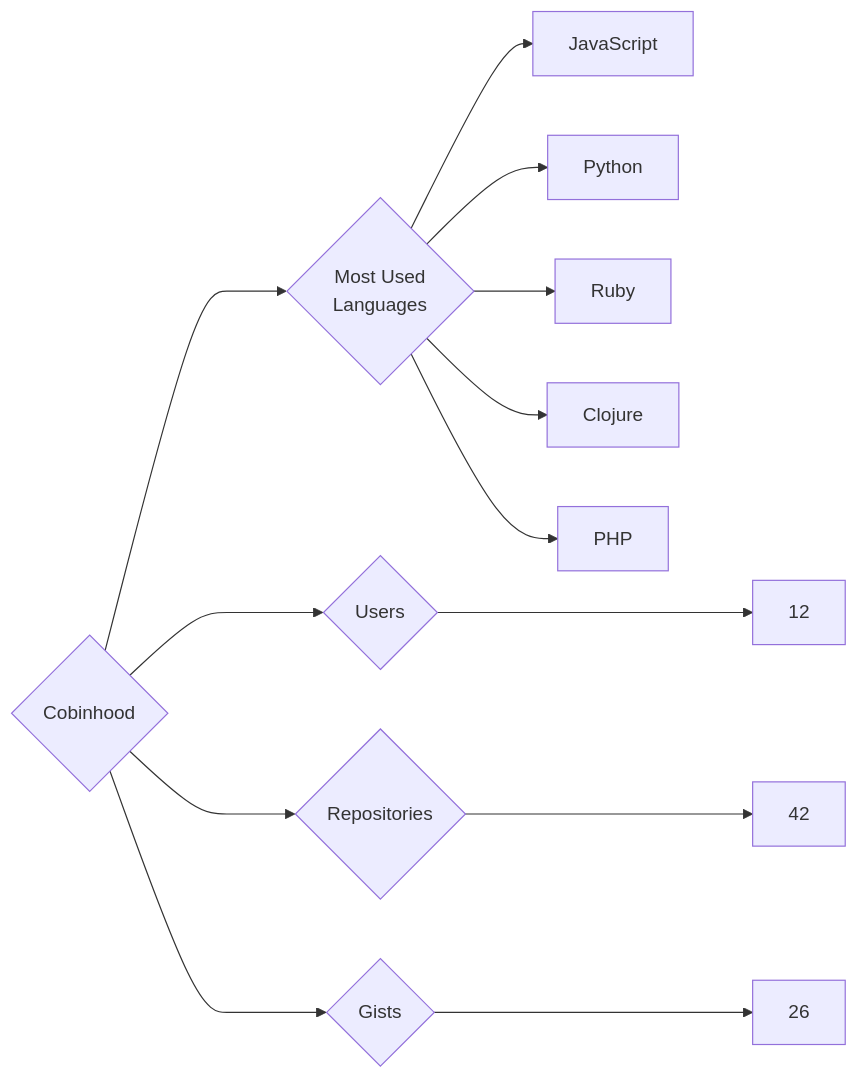
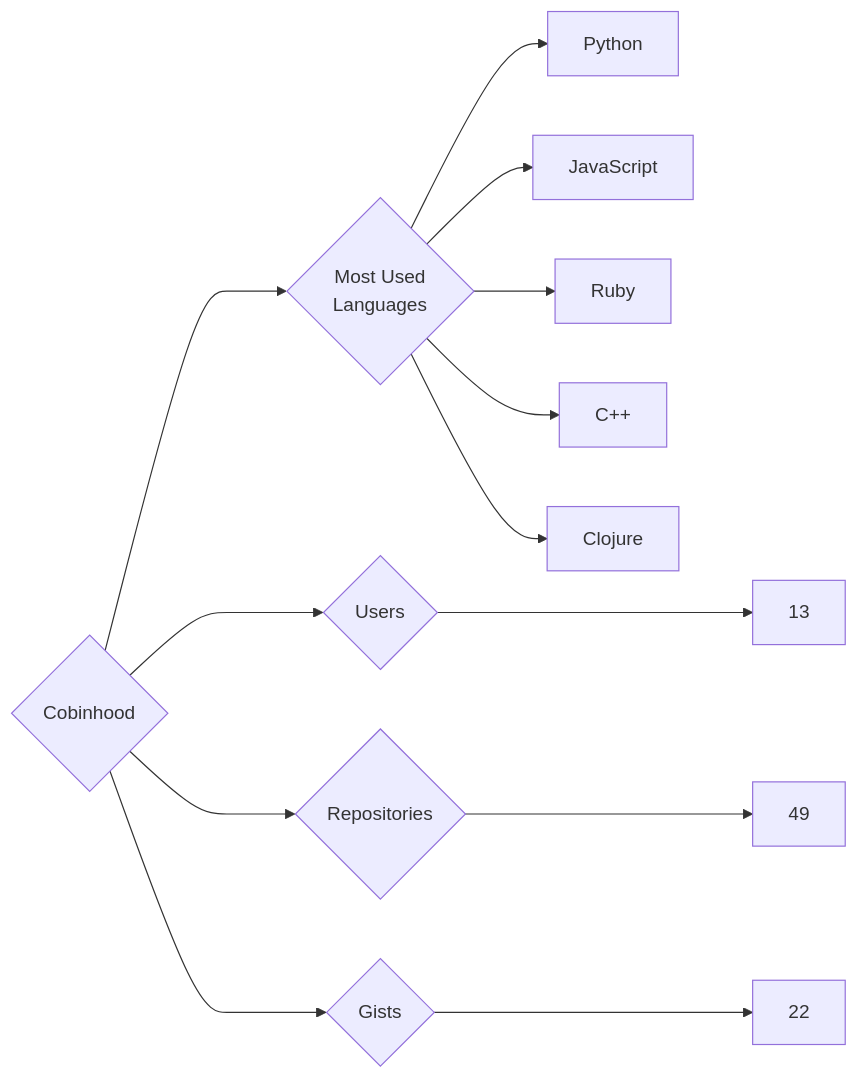
Before and after one commit to trickest/insiders: the diagram in targets/Cobinhood/README.md, drawn with Mermaid. The commit also changed 1088 other files, not shown here.

````diff
--- a/targets/Cobinhood/README.md
+++ b/targets/Cobinhood/README.md
@@ -3,13 +3,13 @@
 ```mermaid
 graph LR
 COMPANY_NAME{Cobinhood}
-COMPANY_NAME ---> U{Users} ---> UN[12]
-COMPANY_NAME ---> R{Repositories} ---> RN[42]
-COMPANY_NAME ---> G{Gists} ---> GN[26]
+COMPANY_NAME ---> U{Users} ---> UN[13]
+COMPANY_NAME ---> R{Repositories} ---> RN[49]
+COMPANY_NAME ---> G{Gists} ---> GN[22]
 COMPANY_NAME ---> ML{Most Used<br>Languages}
+ML --> Python[Python]
 ML --> JavaScript[JavaScript]
-ML --> Python[Python]
 ML --> Ruby[Ruby]
+ML --> C++[C++]
 ML --> Clojure[Clojure]
-ML --> PHP[PHP]
 ```
````
